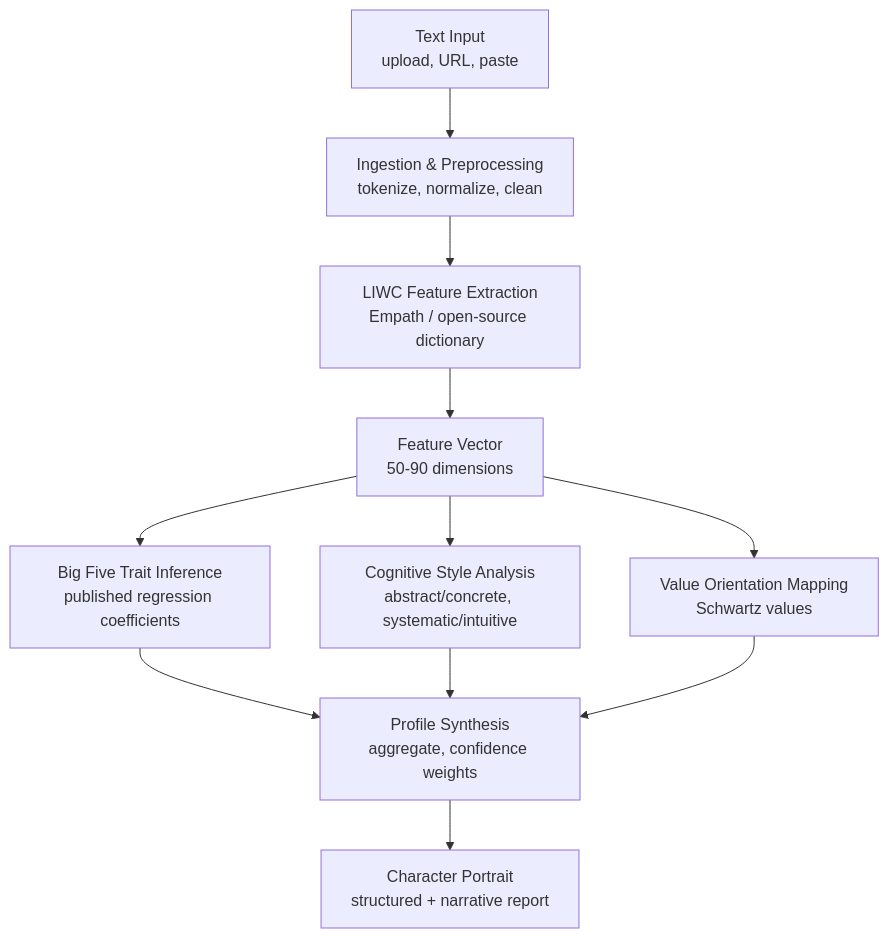
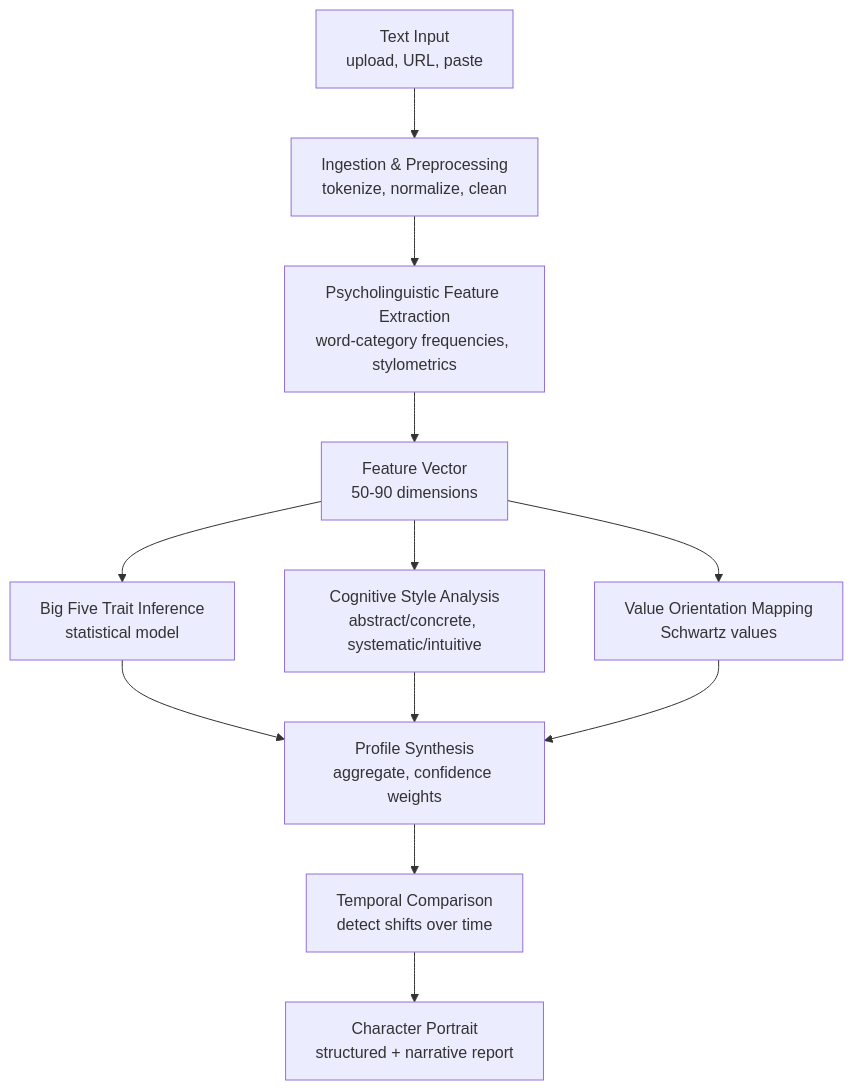
The diagram in psyhco.md (Chandra179/gitbook), drawn with Mermaid before and after one commit. The commit also changed other lines of this file, not shown here.

````diff
--- a/psyhco.md
+++ b/psyhco.md
@@ -36,23 +37,25 @@
 ```mermaid
 flowchart TB
     Input[Text Input<br/>upload, URL, paste]
     Ingest[Ingestion & Preprocessing<br/>tokenize, normalize, clean]
-    LIWC[LIWC Feature Extraction<br/>Empath / open‑source dictionary]
-    Features[Feature Vector<br/>50‑90 dimensions]
-    Traits[Big Five Trait Inference<br/>published regression coefficients]
-    Cognitive[Cognitive Style Analysis<br/>abstract/concrete, systematic/intuitive]
-    Values[Value Orientation Mapping<br/>Schwartz values]
+    FeatureExtract[Psycholinguistic Feature Extraction<br/>word‑category frequencies, stylometrics]
+    FeatureVector[Feature Vector<br/>50‑90 dimensions]
+    TraitInference[Big Five Trait Inference<br/>statistical model]
+    CognitiveStyle[Cognitive Style Analysis<br/>abstract/concrete, systematic/intuitive]
+    ValueMapping[Value Orientation Mapping<br/>Schwartz values]
     Synthesis[Profile Synthesis<br/>aggregate, confidence weights]
+    Temporal[Temporal Comparison<br/>detect shifts over time]
     Output[Character Portrait<br/>structured + narrative report]
 
     Input --> Ingest
-    Ingest --> LIWC
-    LIWC --> Features
-    Features --> Traits
-    Features --> Cognitive
-    Features --> Values
-    Traits --> Synthesis
-    Cognitive --> Synthesis
-    Values --> Synthesis
-    Synthesis --> Output
+    Ingest --> FeatureExtract
+    FeatureExtract --> FeatureVector
+    FeatureVector --> TraitInference
+    FeatureVector --> CognitiveStyle
+    FeatureVector --> ValueMapping
+    TraitInference --> Synthesis
+    CognitiveStyle --> Synthesis
+    ValueMapping --> Synthesis
+    Synthesis --> Temporal
+    Temporal --> Output
 ```
````
